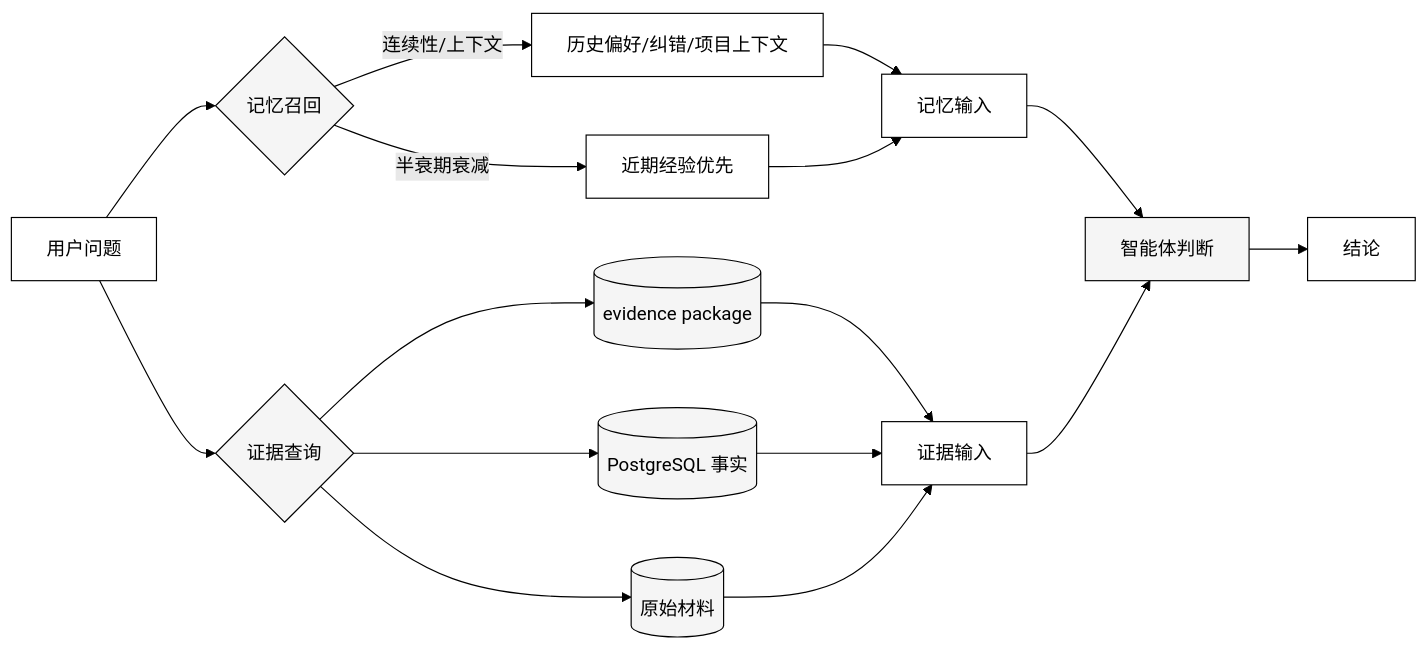
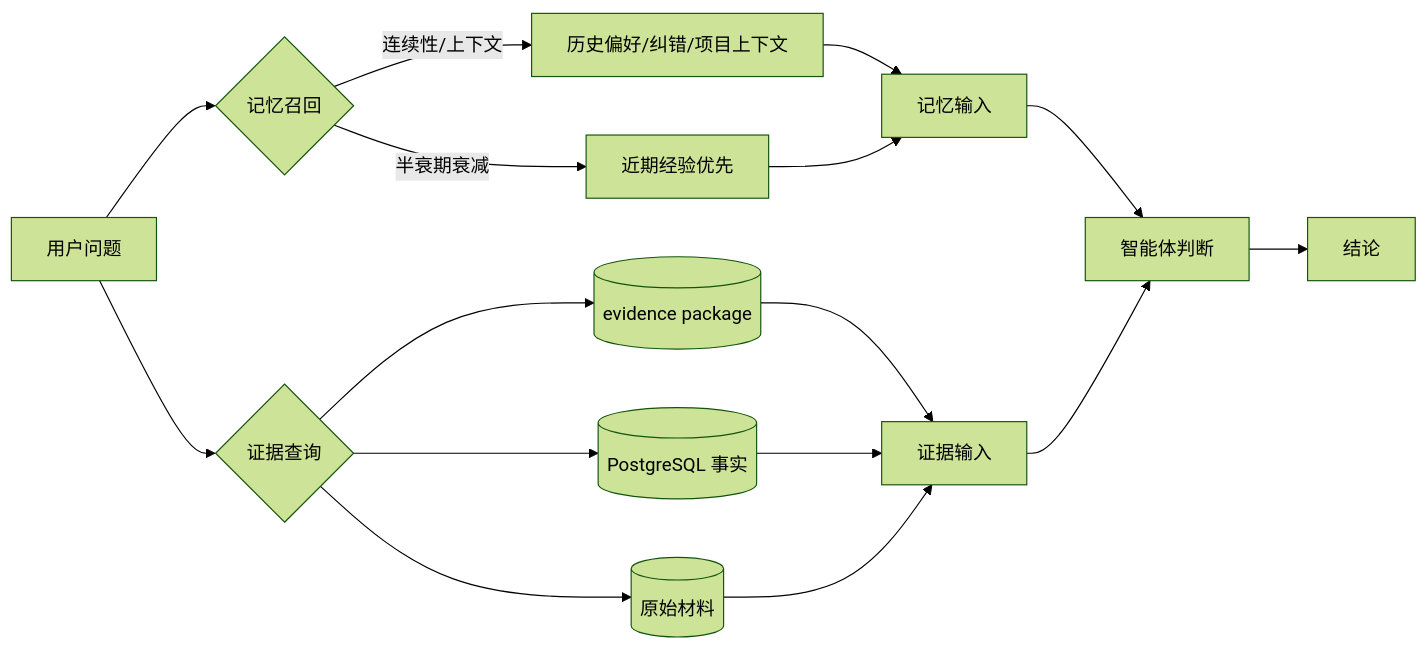
Before and after one commit to maoyadongsh/siq-research-engine: the second of 2 diagrams in docs/site/architecture/memory.md, drawn with Mermaid (forest theme). The commit also changed other lines of this file and 5 other files, not shown here.

First line of the commit message:
docs: make mermaid diagrams theme-aware for dark mode

````diff
--- a/docs/site/architecture/memory.md
+++ b/docs/site/architecture/memory.md
@@ -76,28 +69,16 @@
 ```mermaid
 graph LR
     Q[用户问题] --> M{记忆召回}
     M -->|连续性/上下文| C[历史偏好/纠错/项目上下文]
     M -->|半衰期衰减| R[近期经验优先]
     Q --> E{证据查询}
     E --> P[(evidence package)]
     E --> D[(PostgreSQL 事实)]
     E --> S[(原始材料)]
     C & R --> MemMerged[记忆输入]
     P & D & S --> EviMerged[证据输入]
     MemMerged --> Judge[智能体判断]
     EviMerged --> Judge
     Judge --> Output[结论]
     
-    style Q fill:#fff,stroke:#000,color:#000
-    style M fill:#f5f5f5,stroke:#000,color:#000
-    style E fill:#f5f5f5,stroke:#000,color:#000
-    style C fill:#fff,stroke:#000,color:#000
-    style R fill:#fff,stroke:#000,color:#000
-    style P fill:#f5f5f5,stroke:#000,color:#000
-    style D fill:#f5f5f5,stroke:#000,color:#000
-    style S fill:#f5f5f5,stroke:#000,color:#000
-    style MemMerged fill:#fff,stroke:#000,color:#000
-    style EviMerged fill:#fff,stroke:#000,color:#000
-    style Judge fill:#f5f5f5,stroke:#000,color:#000
-    style Output fill:#fff,stroke:#000,color:#000
 ```
````
